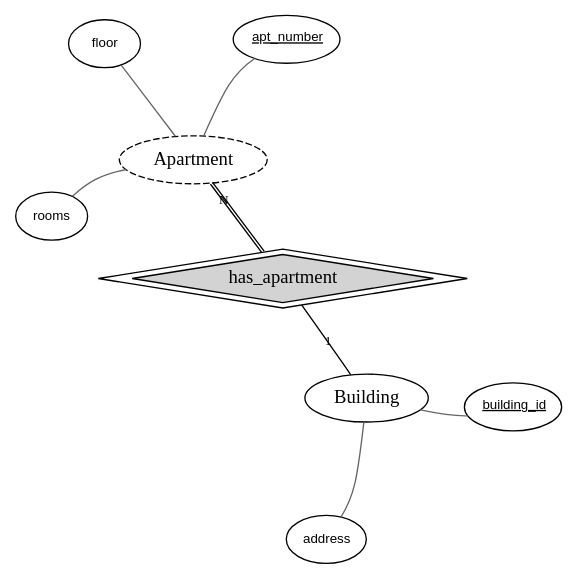
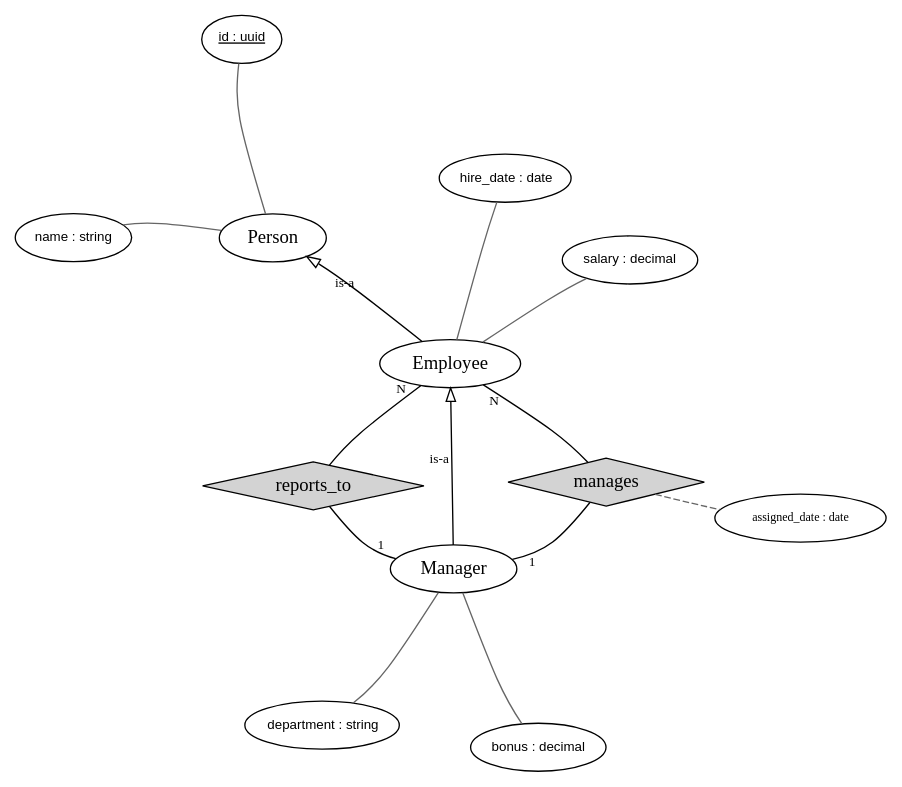
Before and after one commit to DiegoMayans/Bandailer-ER: the diagram in output.dot, drawn with Graphviz. The commit also changed 31 other files, not shown here.

```diff
--- a/output.dot
+++ b/output.dot
@@ -1,25 +1,35 @@
-digraph Building {
+digraph Organization {
     layout=neato;
     overlap=false;
     splines=curved;
     node [style=filled, fillcolor=white];
     edge [fontsize=10, len=1.5];
 
-    Building [shape=ellipse, style="solid", fontname="Arial Bold", label="Building"];
-    attr_Building_building_id [shape=ellipse, style=solid, fontname="Arial", fontsize=10, label=<<u>building_id</u>>];
-    Building -> attr_Building_building_id [dir=none, color="gray40"];
-    attr_Building_address [shape=ellipse, style=solid, fontname="Arial", fontsize=10, label=<address>];
-    Building -> attr_Building_address [dir=none, color="gray40"];
-    Apartment [shape=ellipse, style="dashed", fontname="Arial Bold", label="Apartment"];
-    attr_Apartment_apt_number [shape=ellipse, style=solid, fontname="Arial", fontsize=10, label=<<u>apt_number</u>>];
-    Apartment -> attr_Apartment_apt_number [dir=none, color="gray40"];
-    attr_Apartment_floor [shape=ellipse, style=solid, fontname="Arial", fontsize=10, label=<floor>];
-    Apartment -> attr_Apartment_floor [dir=none, color="gray40"];
-    attr_Apartment_rooms [shape=ellipse, style=solid, fontname="Arial", fontsize=10, label=<rooms>];
-    Apartment -> attr_Apartment_rooms [dir=none, color="gray40"];
+    Person [shape=ellipse, style="solid", fontname="Arial Bold", label="Person"];
+    attr_Person_id [shape=ellipse, style=solid, peripheries=1, fontname="Arial", fontsize=10, label=<<u>id : uuid</u>>];
+    Person -> attr_Person_id [dir=none, color="gray40"];
+    attr_Person_name [shape=ellipse, style=solid, peripheries=1, fontname="Arial", fontsize=10, label=<name : string>];
+    Person -> attr_Person_name [dir=none, color="gray40"];
+    Employee [shape=ellipse, style="solid", fontname="Arial Bold", label="Employee"];
+    attr_Employee_salary [shape=ellipse, style=solid, peripheries=1, fontname="Arial", fontsize=10, label=<salary : decimal>];
+    Employee -> attr_Employee_salary [dir=none, color="gray40"];
+    attr_Employee_hire_date [shape=ellipse, style=solid, peripheries=1, fontname="Arial", fontsize=10, label=<hire_date : date>];
+    Employee -> attr_Employee_hire_date [dir=none, color="gray40"];
+    Manager [shape=ellipse, style="solid", fontname="Arial Bold", label="Manager"];
+    attr_Manager_bonus [shape=ellipse, style=solid, peripheries=1, fontname="Arial", fontsize=10, label=<bonus : decimal>];
+    Manager -> attr_Manager_bonus [dir=none, color="gray40"];
+    attr_Manager_department [shape=ellipse, style=solid, peripheries=1, fontname="Arial", fontsize=10, label=<department : string>];
+    Manager -> attr_Manager_department [dir=none, color="gray40"];
 
-    has_apartment_rel [shape=diamond, style=filled, fillcolor=lightgray, peripheries=2, label="has_apartment"];
-    Building -> has_apartment_rel [label="1", dir=none, color="black"];
-    Apartment -> has_apartment_rel [label="N", dir=none, color="black:black"];
+    manages_rel [shape=diamond, style=filled, fillcolor=lightgray, peripheries=1, label="manages"];
+    attr_rel_manages_assigned_date [shape=ellipse, peripheries=1, fontsize=9, label="assigned_date : date"];
+    manages_rel -> attr_rel_manages_assigned_date [dir=none, style=dashed, color="gray40"];
+    Manager -> manages_rel [taillabel="1", labeldistance=1.5, dir=none, color="black"];
+    Employee -> manages_rel [taillabel="N", labeldistance=1.5, dir=none, color="black"];
+    reports_to_rel [shape=diamond, style=filled, fillcolor=lightgray, peripheries=1, label="reports_to"];
+    Employee -> reports_to_rel [taillabel="N", labeldistance=1.5, dir=none, color="black"];
+    Manager -> reports_to_rel [taillabel="1", labeldistance=1.5, dir=none, color="black"];
 
+    Employee -> Person [arrowhead=onormal, label="is-a"];
+    Manager -> Employee [arrowhead=onormal, label="is-a"];
 }
```
